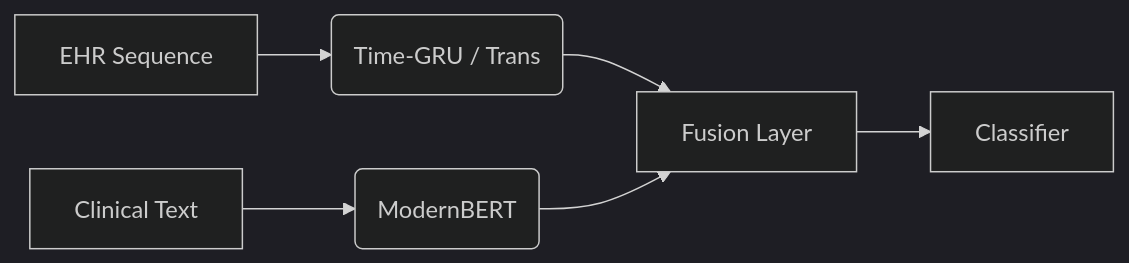
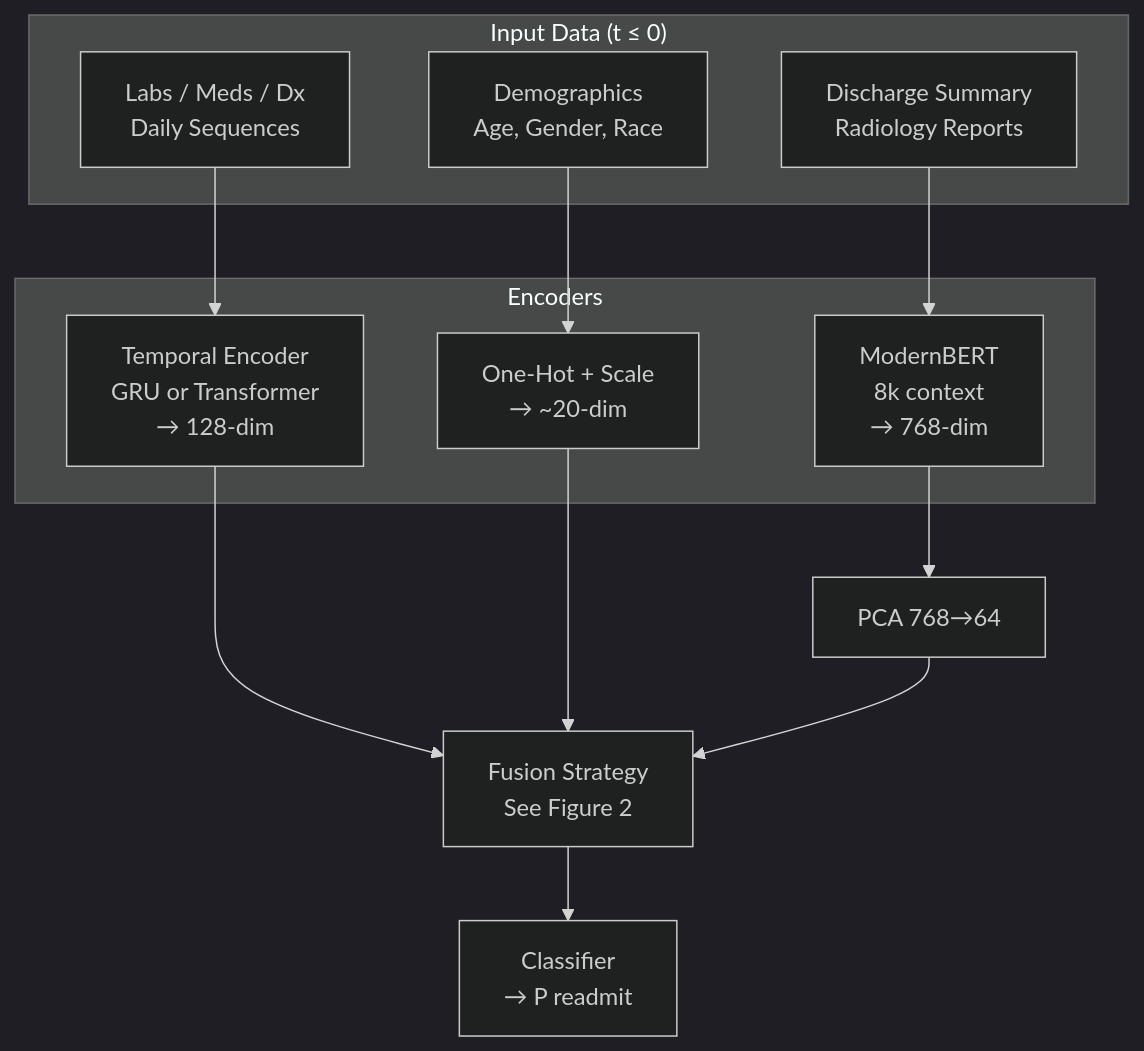
The first of 2 diagrams in documents/reports/final_project_report/final_project_report_v2.md (ddlin-mids/mimic_nlp), drawn with Mermaid (dark theme) before and after one commit. The commit also changed other lines of this file and 7 other files, not shown here.

````diff
--- a/documents/reports/final_project_report/final_project_report_v2.md
+++ b/documents/reports/final_project_report/final_project_report_v2.md
@@ -74,8 +75,27 @@
 ```mermaid
-graph LR
-    A[EHR Sequence] --> B(Time-GRU / Trans);
-    C[Clinical Text] --> D(ModernBERT);
-    B --> E[Fusion Layer];
-    D --> E;
-    E --> F[Classifier];
+graph TB
+    subgraph Input["Input Data (t ≤ 0)"]
+        A[Labs / Meds / Dx<br/>Daily Sequences]
+        B[Discharge Summary<br/>Radiology Reports]
+        C[Demographics<br/>Age, Gender, Race]
+    end
+    
+    subgraph Encoders
+        D[Temporal Encoder<br/>GRU or Transformer<br/>→ 128-dim]
+        E[ModernBERT<br/>8k context<br/>→ 768-dim]
+        F[One-Hot + Scale<br/>→ ~20-dim]
+    end
+    
+    G[PCA 768→64]
+    H[Fusion Strategy<br/>See Figure 2]
+    I[Classifier<br/>→ P readmit]
+    
+    A --> D
+    B --> E
+    C --> F
+    E --> G
+    D --> H
+    F --> H
+    G --> H
+    H --> I
 ```
````
